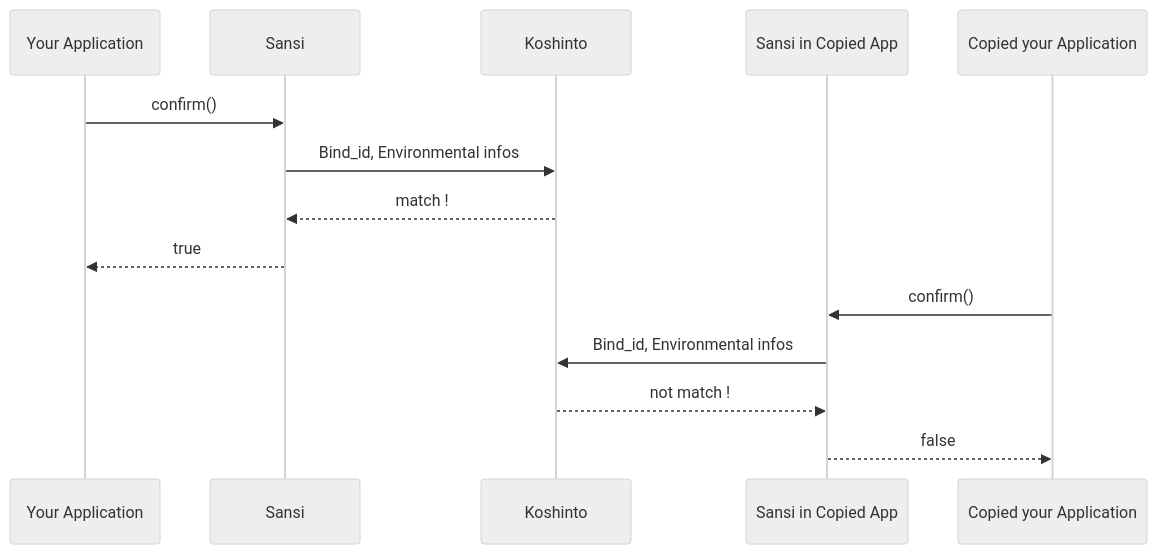
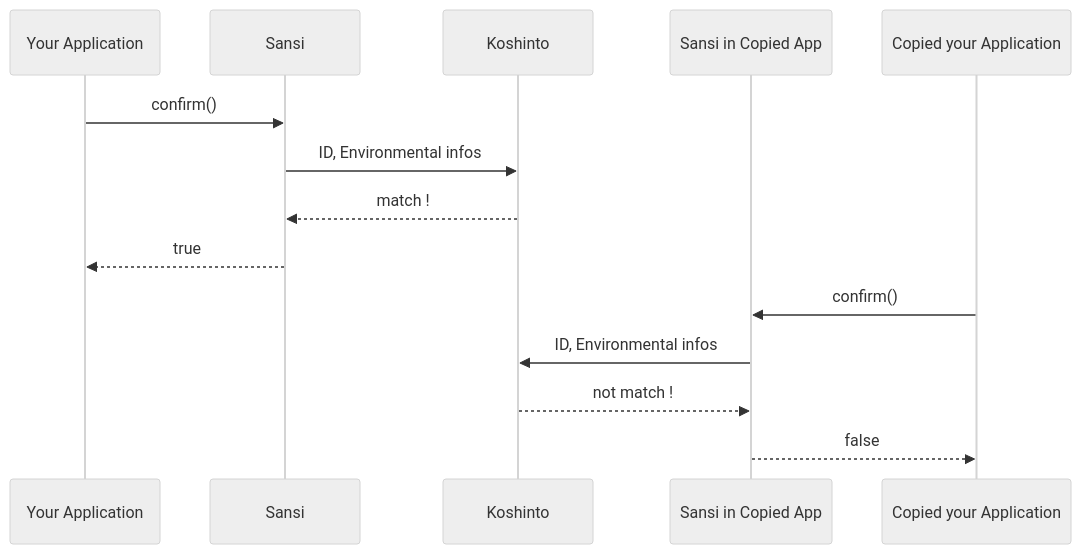
Before and after one commit to UedaTakeyuki/sansi_examples: the diagram in README.md, drawn with Mermaid (neutral theme).

````diff
--- a/README.md
+++ b/README.md
@@ -10,18 +10,18 @@
 ```mermaid
 sequenceDiagram;
 participant Your Application
 participant Sansi
 participant Koshinto
 participant Sansi in Copied App
 participant Copied your Application
 
 Your Application->>Sansi: confirm()
-Sansi->>Koshinto: Bind_id, Environmental infos
+Sansi->>Koshinto: ID, Environmental infos
 Koshinto-->>Sansi: match !
 Sansi-->>Your Application: true
 
 Copied your Application->>Sansi in Copied App: confirm()
-Sansi in Copied App->>Koshinto: Bind_id, Environmental infos
+Sansi in Copied App->>Koshinto: ID, Environmental infos
 Koshinto-->>Sansi in Copied App: not match !
 Sansi in Copied App-->>Copied your Application: false
 ```
````
